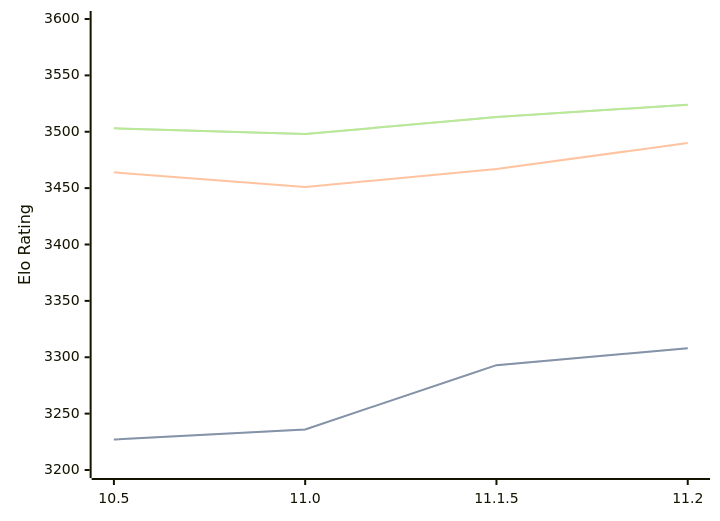
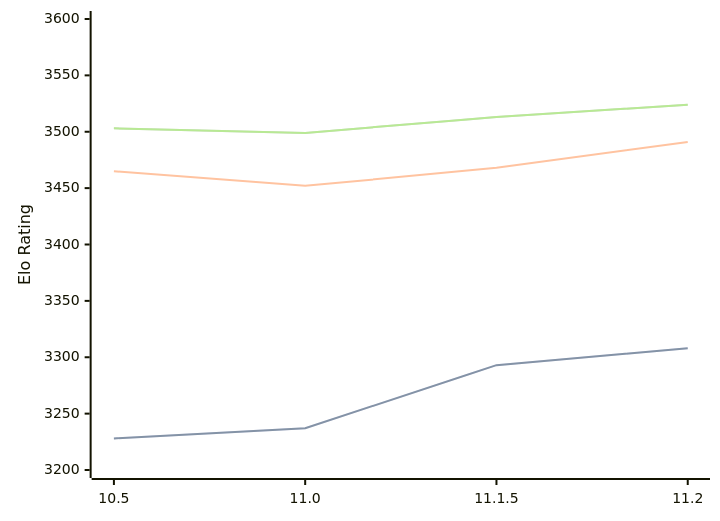
One commit to computer-chess-index/cci changed the diagram in engines/Lizard.md. Above: the diagram before and after it, drawn with Mermaid. The commit also changed other lines of this file, not shown here.

Commit message:
Update CCI Ratings (ELO VLTC) - 2026-09-16

````diff
--- a/engines/Lizard.md
+++ b/engines/Lizard.md
@@ -34,11 +34,11 @@
 ```mermaid
 %%{init: {"theme":"base","themeVariables":{"seriesColors:['#a3a3a3','#222221','#faa371']}}}%%
 xychart-beta
   x-axis ["10.5", "11.0", "11.1.5", "11.2"]
   y-axis "Elo Rating" 3200 --> 3600
-  line "" [3227, 3236, 3293, 3308]
-  line "STC (8.0+0.08s)" [3227, 3236, 3293, 3308]
-  line "LTC (60.0+0.60s)" [3464, 3451, 3467, 3490]
-  line "" [3503, 3498, 3513, 3524]
-  line "VLTC (2m24s+1.12s)" [3503, 3498, 3513, 3524]
+  line "" [3228, 3237, 3293, 3308]
+  line "STC (8.0+0.08s)" [3228, 3237, 3293, 3308]
+  line "LTC (60.0+0.60s)" [3465, 3452, 3468, 3491]
+  line "" [3503, 3499, 3513, 3524]
+  line "VLTC (2m24s+1.12s)" [3503, 3499, 3513, 3524]
 ```
````
